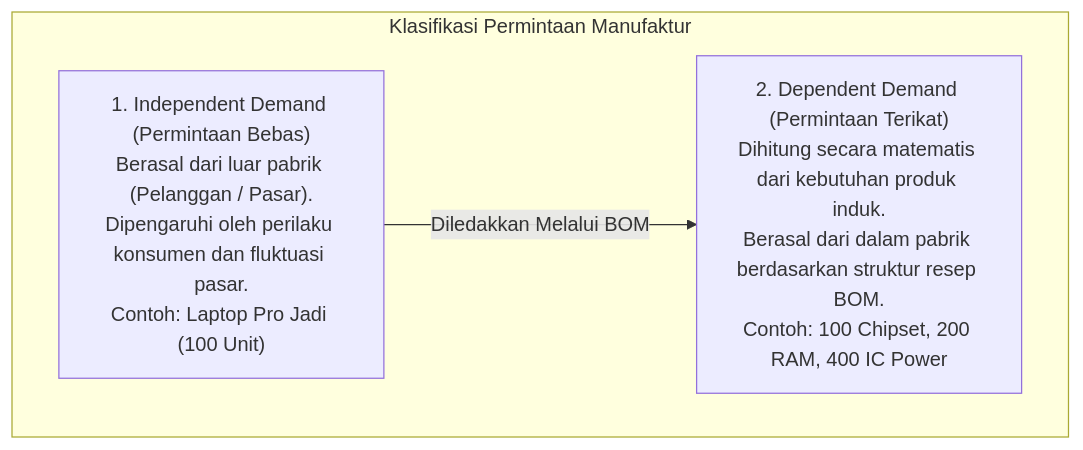
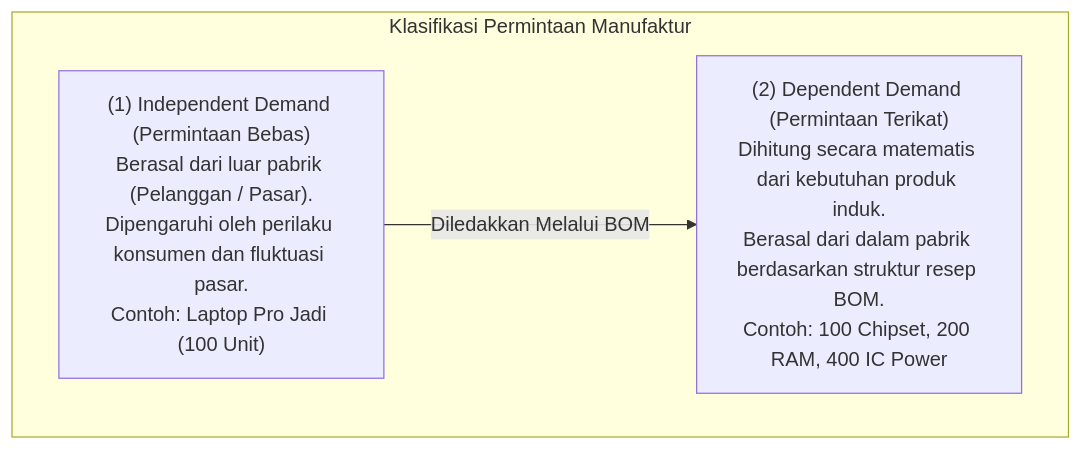
One commit to alimurrofid/erp-notes changed the second of 3 diagrams in content/06-manufacturing/production-planning.md. Above: the diagram before and after it, drawn with Mermaid. The commit also changed other lines of this file and 132 other files, not shown here.

````diff
--- a/content/06-manufacturing/production-planning.md
+++ b/content/06-manufacturing/production-planning.md
@@ -45,7 +45,7 @@
 ```mermaid
 flowchart TD
     subgraph DemandTypes["Klasifikasi Permintaan Manufaktur"]
-        Indep["1. Independent Demand (Permintaan Bebas)<br/>Berasal dari luar pabrik (Pelanggan / Pasar).<br/>Dipengaruhi oleh perilaku konsumen dan fluktuasi pasar.<br/>Contoh: Laptop Pro Jadi (100 Unit)"]
-        -->|"Diledakkan Melalui BOM"| Dep["2. Dependent Demand (Permintaan Terikat)<br/>Dihitung secara matematis dari kebutuhan produk induk.<br/>Berasal dari dalam pabrik berdasarkan struktur resep BOM.<br/>Contoh: 100 Chipset, 200 RAM, 400 IC Power"]
+        Indep["(1) Independent Demand (Permintaan Bebas)<br/>Berasal dari luar pabrik (Pelanggan / Pasar).<br/>Dipengaruhi oleh perilaku konsumen dan fluktuasi pasar.<br/>Contoh: Laptop Pro Jadi (100 Unit)"]
+        -->|"Diledakkan Melalui BOM"| Dep["(2) Dependent Demand (Permintaan Terikat)<br/>Dihitung secara matematis dari kebutuhan produk induk.<br/>Berasal dari dalam pabrik berdasarkan struktur resep BOM.<br/>Contoh: 100 Chipset, 200 RAM, 400 IC Power"]
     end
 ```
````
